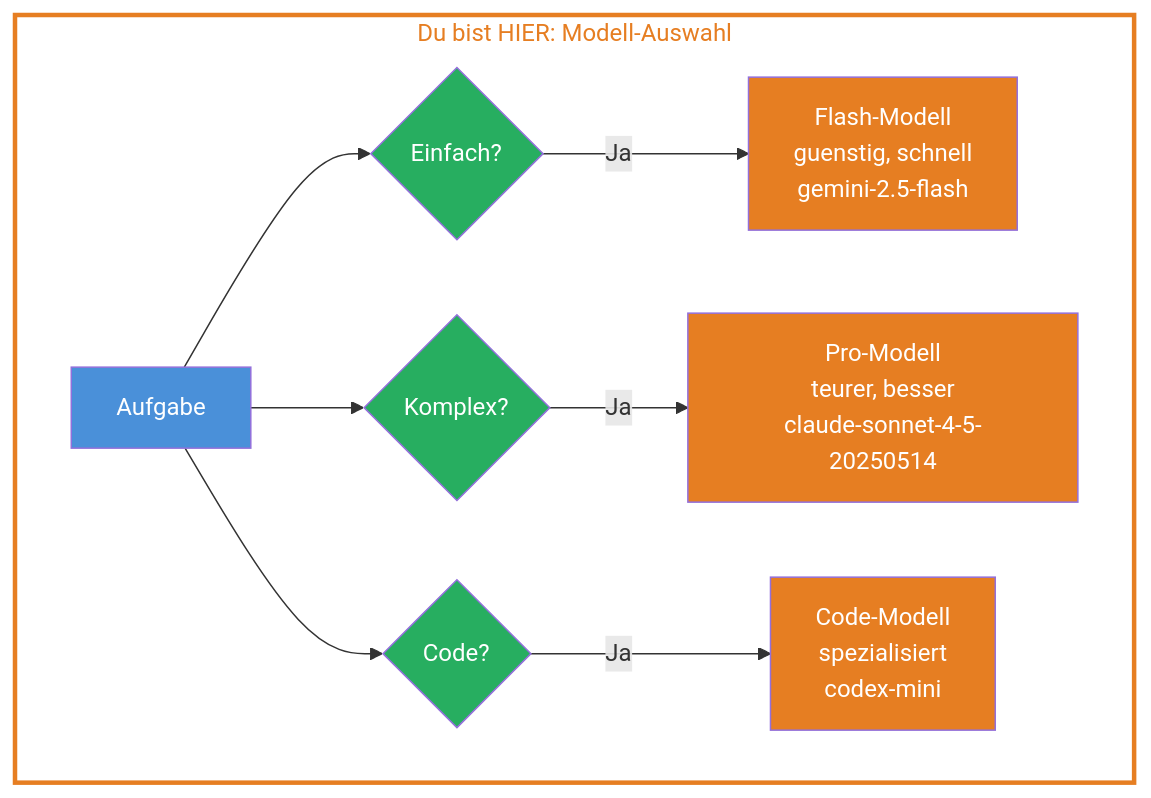
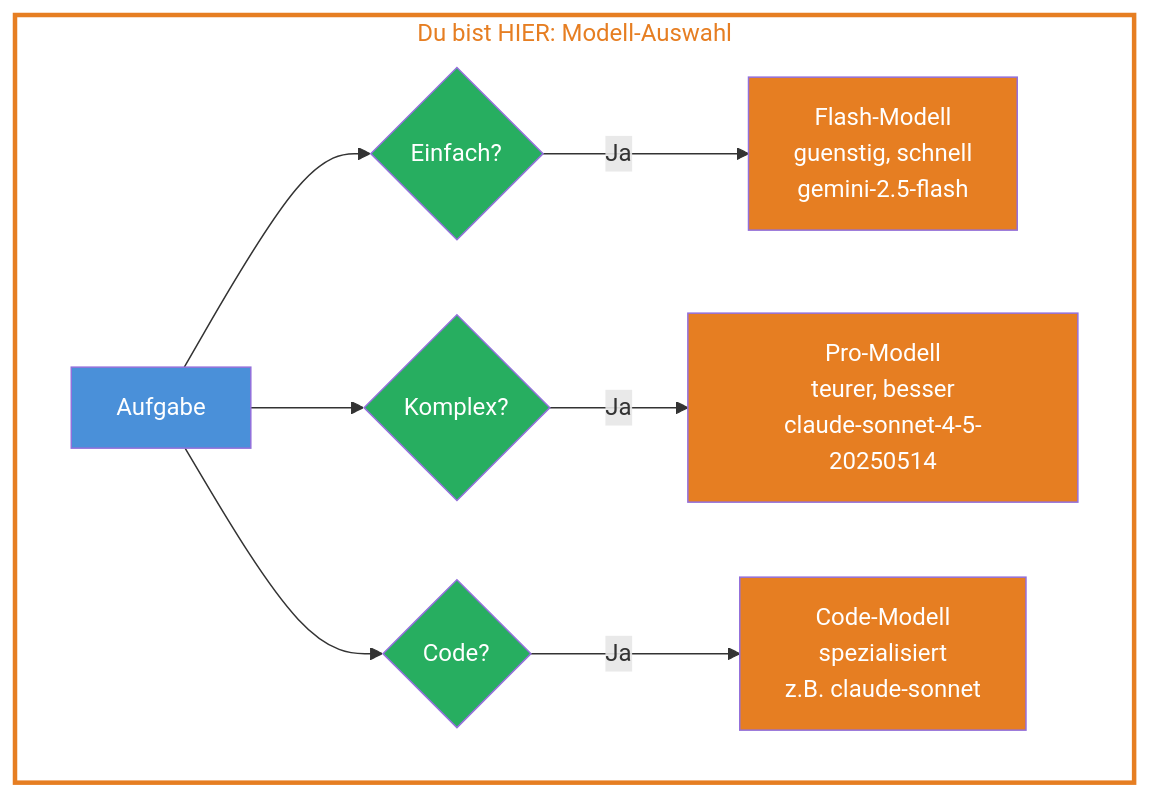
One commit to janrummel/level-up-ai changed the first of 2 diagrams in src/content/docs/de/level-1-ai-sdk-basics/03-choosing-your-model.mdx. Above: the diagram before and after it, drawn with Mermaid. The commit also changed other lines of this file and 17 other files, not shown here.

````diff
--- a/src/content/docs/de/level-1-ai-sdk-basics/03-choosing-your-model.mdx
+++ b/src/content/docs/de/level-1-ai-sdk-basics/03-choosing-your-model.mdx
@@ -14,19 +14,19 @@
 ```mermaid
 graph TD
   subgraph HIER["Du bist HIER: Modell-Auswahl"]
     Aufgabe["Aufgabe"] --> Einfach{"Einfach?"}
     Aufgabe --> Komplex{"Komplex?"}
     Aufgabe --> Code{"Code?"}
     Einfach -->|Ja| Flash["Flash-Modell<br/>guenstig, schnell<br/>gemini-2.5-flash"]
     Komplex -->|Ja| Pro["Pro-Modell<br/>teurer, besser<br/>claude-sonnet-4-5-20250514"]
-    Code -->|Ja| CodeModel["Code-Modell<br/>spezialisiert<br/>codex-mini"]
+    Code -->|Ja| CodeModel["Code-Modell<br/>spezialisiert<br/>z.B. claude-sonnet"]
   end
   style HIER fill:none,stroke:#E67E22,stroke-width:3px,color:#E67E22
   style Aufgabe fill:#4A90D9,color:#fff
   style Einfach fill:#27AE60,color:#fff
   style Komplex fill:#27AE60,color:#fff
   style Code fill:#27AE60,color:#fff
   style Flash fill:#E67E22,color:#fff
   style Pro fill:#E67E22,color:#fff
   style CodeModel fill:#E67E22,color:#fff
 ```
````
